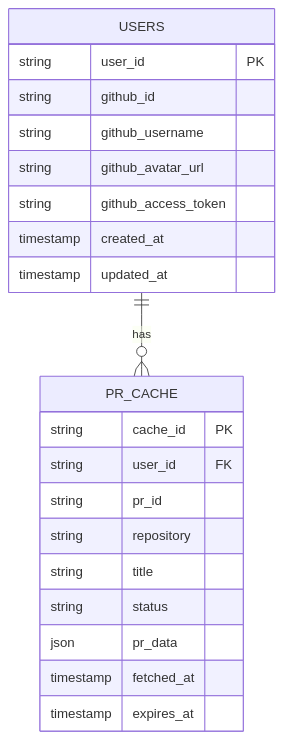
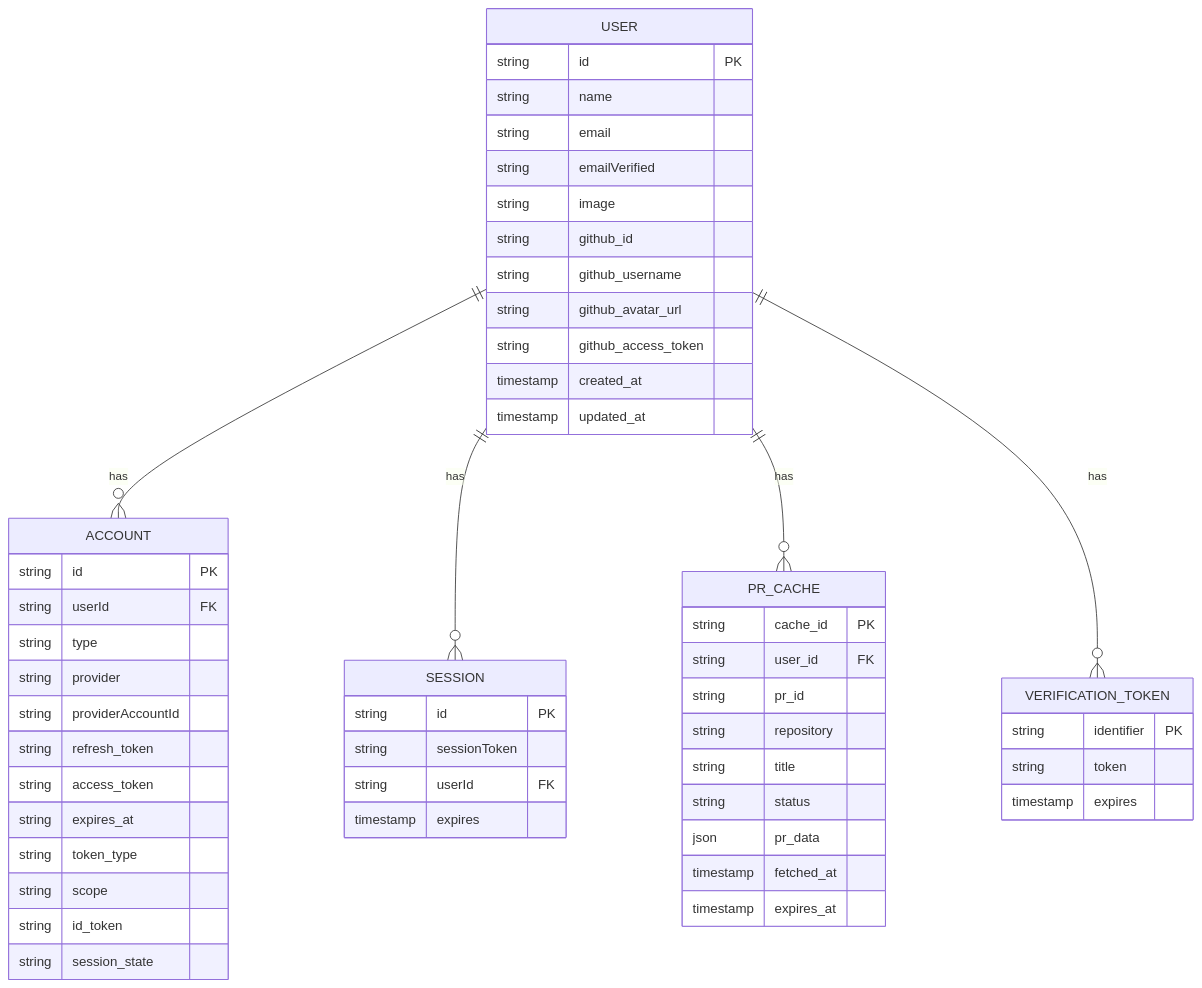
The sixth of 7 diagrams in docs/architecture-diagrams.md (aviram-shubeili/code-flow), drawn with Mermaid before and after one commit. The commit also changed other lines of this file and 1 other file, not shown here.

Commit message:
refactor: update database schema to align with Auth.js adapter and enhance user management

````diff
--- a/docs/architecture-diagrams.md
+++ b/docs/architecture-diagrams.md
@@ -151,26 +151,57 @@
 ```mermaid
 erDiagram
-    USERS ||--o{ PR_CACHE : has
-    
-    USERS {
-        string user_id PK
+    USER ||--o{ ACCOUNT : has
+    USER ||--o{ SESSION : has
+    USER ||--o{ PR_CACHE : has
+    USER ||--o{ VERIFICATION_TOKEN : has
+
+    USER {
+        string id PK
+        string name
+        string email
+        string emailVerified
+        string image
         string github_id
         string github_username
         string github_avatar_url
         string github_access_token
         timestamp created_at
         timestamp updated_at
     }
-    
+    ACCOUNT {
+        string id PK
+        string userId FK
+        string type
+        string provider
+        string providerAccountId
+        string refresh_token
+        string access_token
+        string expires_at
+        string token_type
+        string scope
+        string id_token
+        string session_state
+    }
+    SESSION {
+        string id PK
+        string sessionToken
+        string userId FK
+        timestamp expires
+    }
+    VERIFICATION_TOKEN {
+        string identifier PK
+        string token
+        timestamp expires
+    }
     PR_CACHE {
         string cache_id PK
         string user_id FK
         string pr_id
         string repository
         string title
         string status
         json pr_data
         timestamp fetched_at
         timestamp expires_at
     }
 ```
````
